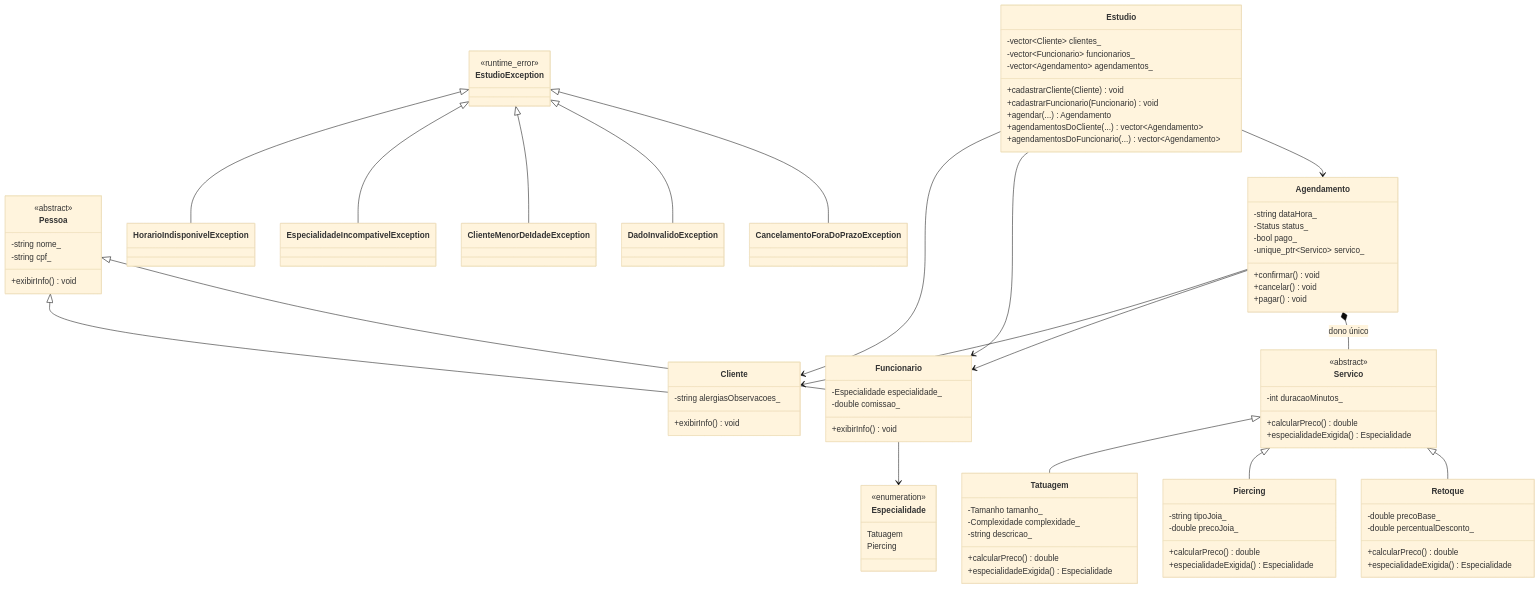
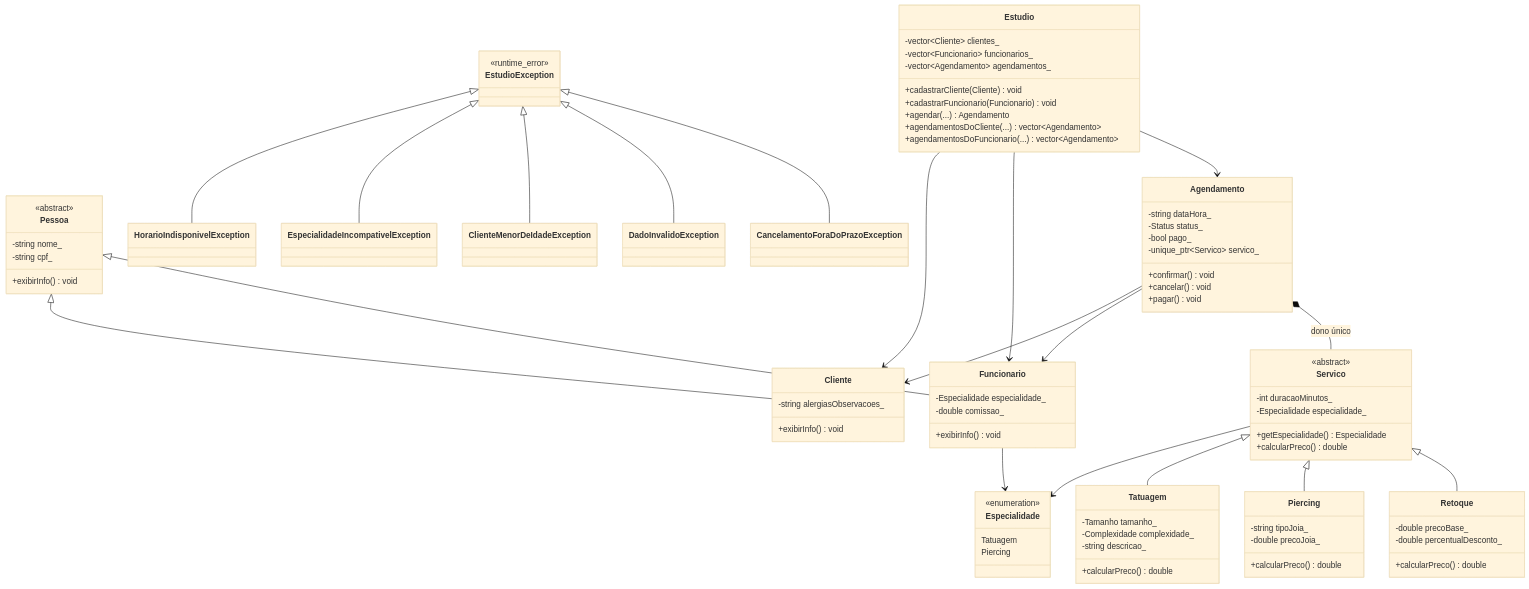
One commit to lfvperes/estudio-tatuagem changed the diagram in README.md. Above: the diagram before and after it, drawn with Mermaid (base theme). The commit also changed other lines of this file and 1 other file, not shown here.

First line of the commit message:
docs: atualiza diagrama e registra decisões de design

```diff
--- a/README.md
+++ b/README.md
@@ -52,12 +52,14 @@
     Pessoa <|-- Cliente
     Pessoa <|-- Funcionario
     Funcionario --> Especialidade
+    Servico --> Especialidade
 
     class Servico {
         <<abstract>>
         -int duracaoMinutos_
+        -Especialidade especialidade_
+        +getEspecialidade() Especialidade
         +calcularPreco() double
-        +especialidadeExigida() Especialidade
     }
 
     class Tatuagem {
@@ -65,21 +67,18 @@
         -Complexidade complexidade_
         -string descricao_
         +calcularPreco() double
-        +especialidadeExigida() Especialidade
     }
 
     class Piercing {
         -string tipoJoia_
         -double precoJoia_
         +calcularPreco() double
-        +especialidadeExigida() Especialidade
     }
 
     class Retoque {
         -double precoBase_
         -double percentualDesconto_
         +calcularPreco() double
-        +especialidadeExigida() Especialidade
     }
 
     Servico <|-- Tatuagem
```
